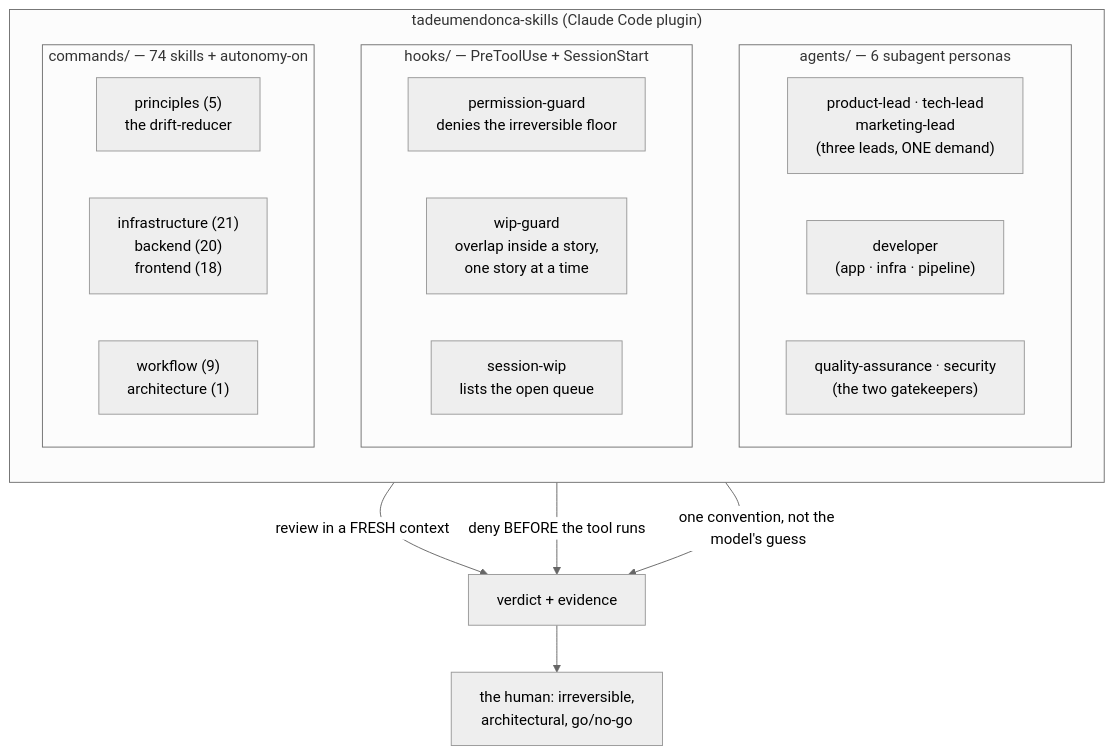
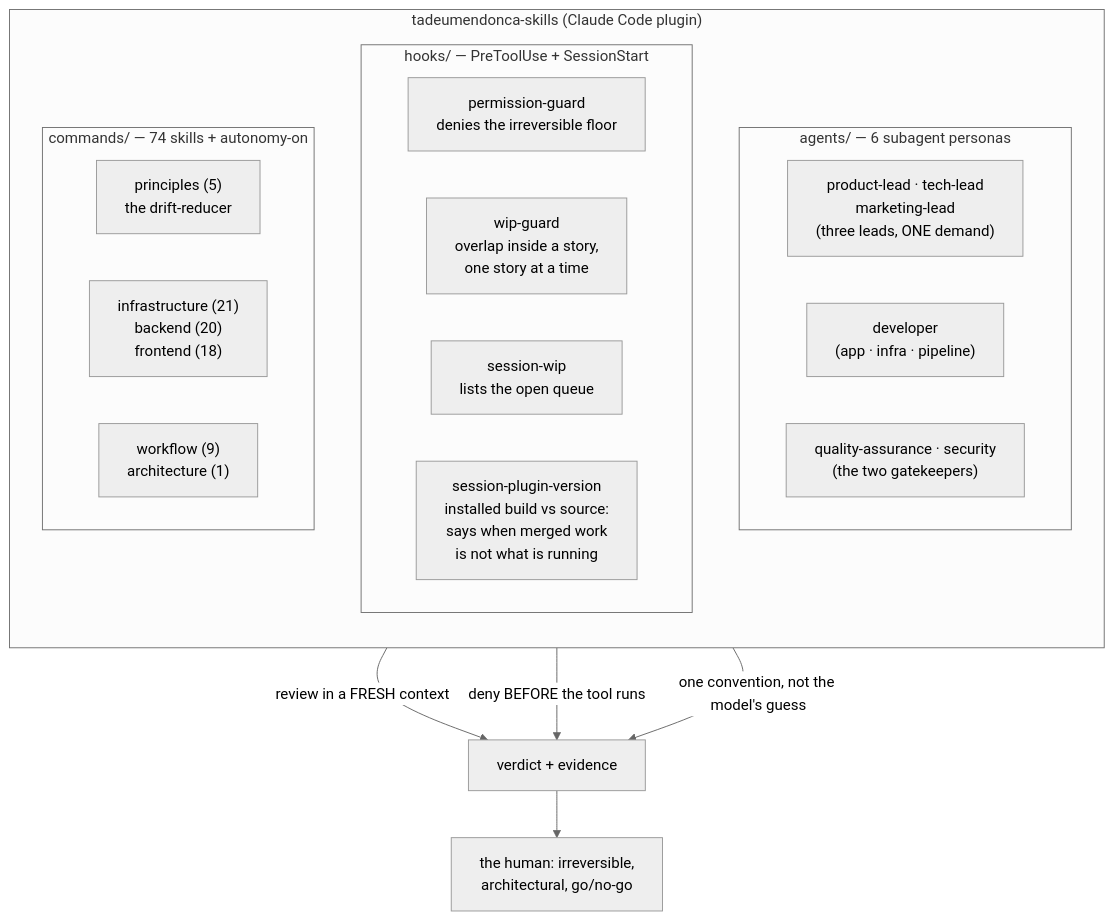
Before and after one commit to tedeuxx/tadeumendonca-skills: the diagram in README.md, drawn with Mermaid (neutral theme). The commit also changed 2 other files, not shown here.

First paragraph of the commit message:
fix: the README drew three hooks, hooks.json registers four
session-plugin-version is missing from the harness diagram. The count has been
wrong since that hook was added, and nothing could have caught it.

````diff
--- a/README.md
+++ b/README.md
@@ -52,32 +52,33 @@
 ```mermaid
 flowchart TB
   subgraph plugin["tadeumendonca-skills (Claude Code plugin)"]
     direction TB
 
     subgraph personas["agents/ — 6 subagent personas"]
       direction LR
       P1["product-lead · tech-lead<br/>marketing-lead<br/>(three leads, ONE demand)"]
       P2["developer<br/>(app · infra · pipeline)"]
       P3["quality-assurance · security<br/>(the two gatekeepers)"]
     end
 
     subgraph hooks["hooks/ — PreToolUse + SessionStart"]
       direction LR
       H1["permission-guard<br/>denies the irreversible floor"]
       H2["wip-guard<br/>overlap inside a story,<br/>one story at a time"]
       H3["session-wip<br/>lists the open queue"]
+      H4["session-plugin-version<br/>installed build vs source:<br/>says when merged work<br/>is not what is running"]
     end
 
     subgraph skills["commands/ — 74 skills + autonomy-on"]
       direction LR
       S1["principles (5)<br/>the drift-reducer"]
       S2["infrastructure (21)<br/>backend (20)<br/>frontend (18)"]
       S3["workflow (9)<br/>architecture (1)"]
     end
   end
 
   personas -->|"review in a FRESH context"| verdict["verdict + evidence"]
   hooks -->|"deny BEFORE the tool runs"| verdict
   skills -->|"one convention, not the model's guess"| verdict
   verdict --> human["the human: irreversible,<br/>architectural, go/no-go"]
 ```
````
